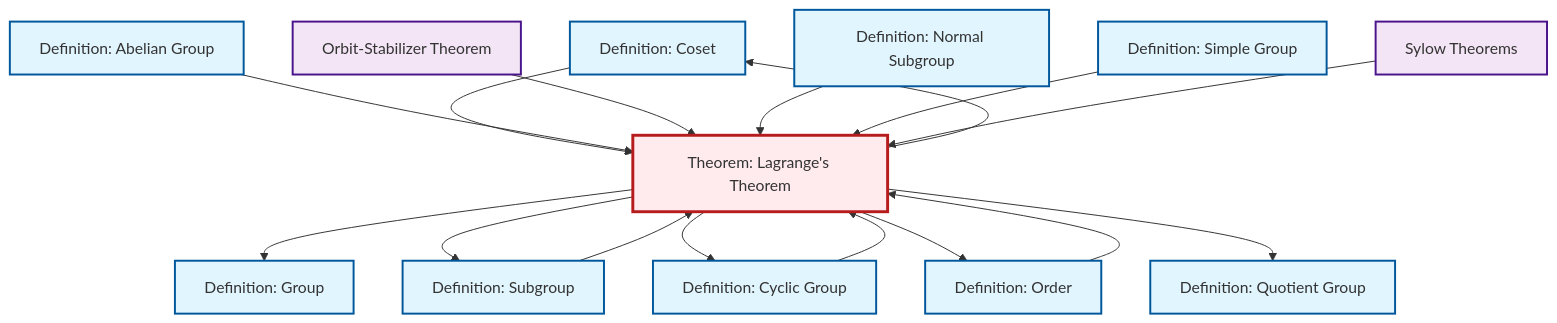
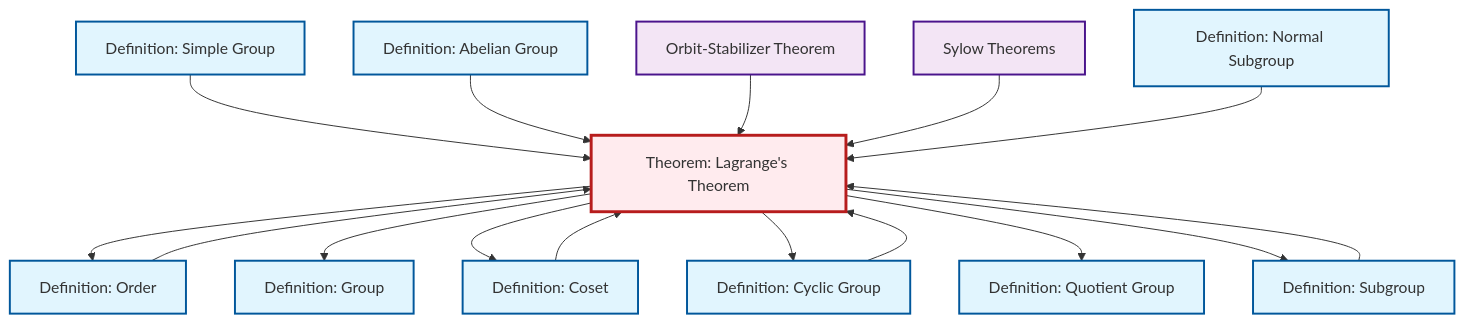
One commit to RK0429/ModernMath changed the diagram in content/en/algebra/thm-lagrange.qmd. Above: the diagram before and after it, drawn with Mermaid. The commit also changed other lines of this file and 581 other files, not shown here.

````diff
--- a/content/en/algebra/thm-lagrange.qmd
+++ b/content/en/algebra/thm-lagrange.qmd
@@ -52,48 +52,48 @@
 ```{mermaid}
 %%| fig-cap: "Local dependency graph"
 graph TD
     classDef definition fill:#e1f5fe,stroke:#01579b,stroke-width:2px
     classDef theorem fill:#f3e5f5,stroke:#4a148c,stroke-width:2px
     classDef axiom fill:#fff3e0,stroke:#e65100,stroke-width:2px
     classDef example fill:#e8f5e9,stroke:#1b5e20,stroke-width:2px
     classDef current fill:#ffebee,stroke:#b71c1c,stroke-width:3px
+    def-simple-group["Definition: Simple Group"]:::definition
+    def-subgroup["Definition: Subgroup"]:::definition
+    thm-sylow["Sylow Theorems"]:::theorem
+    def-order["Definition: Order"]:::definition
+    thm-orbit-stabilizer["Orbit-Stabilizer Theorem"]:::theorem
+    def-quotient-group["Definition: Quotient Group"]:::definition
+    thm-lagrange["Theorem: Lagrange's Theorem"]:::theorem
+    def-abelian-group["Definition: Abelian Group"]:::definition
+    def-coset["Definition: Coset"]:::definition
+    def-cyclic-group["Definition: Cyclic Group"]:::definition
     def-group["Definition: Group"]:::definition
-    def-coset["Definition: Coset"]:::definition
-    thm-sylow["Sylow Theorems"]:::theorem
-    thm-lagrange["Theorem: Lagrange's Theorem"]:::theorem
-    def-cyclic-group["Definition: Cyclic Group"]:::definition
-    def-quotient-group["Definition: Quotient Group"]:::definition
-    def-subgroup["Definition: Subgroup"]:::definition
-    thm-orbit-stabilizer["Orbit-Stabilizer Theorem"]:::theorem
-    def-order["Definition: Order"]:::definition
-    def-simple-group["Definition: Simple Group"]:::definition
-    def-abelian-group["Definition: Abelian Group"]:::definition
     def-normal-subgroup["Definition: Normal Subgroup"]:::definition
+    def-simple-group --> thm-lagrange
+    thm-lagrange --> def-order
+    def-abelian-group --> thm-lagrange
+    def-order --> thm-lagrange
     thm-lagrange --> def-group
-    thm-lagrange --> def-subgroup
+    thm-orbit-stabilizer --> thm-lagrange
+    thm-lagrange --> def-coset
+    thm-sylow --> thm-lagrange
     def-coset --> thm-lagrange
     def-cyclic-group --> thm-lagrange
-    def-abelian-group --> thm-lagrange
-    thm-orbit-stabilizer --> thm-lagrange
     def-normal-subgroup --> thm-lagrange
-    thm-lagrange --> def-coset
-    def-simple-group --> thm-lagrange
     thm-lagrange --> def-cyclic-group
-    thm-lagrange --> def-order
+    def-subgroup --> thm-lagrange
     thm-lagrange --> def-quotient-group
-    thm-sylow --> thm-lagrange
-    def-subgroup --> thm-lagrange
-    def-order --> thm-lagrange
+    thm-lagrange --> def-subgroup
     class thm-lagrange current
+    click def-simple-group "def-simple-group.html" "Go to Simple Group definition"
+    click def-subgroup "def-subgroup.html" "Go to Subgroup definition"
+    click thm-sylow "thm-sylow.html" "Go to Sylow Theorems"
+    click def-order "def-order.html" "Go to Order definition"
+    click thm-orbit-stabilizer "thm-orbit-stabilizer.html" "Go to Orbit-Stabilizer Theorem"
+    click def-quotient-group "def-quotient-group.html" "Go to Quotient Group definition"
+    click def-abelian-group "def-abelian-group.html" "Go to Abelian Group definition"
+    click def-coset "def-coset.html" "Go to Coset definition"
+    click def-cyclic-group "def-cyclic-group.html" "Go to Cyclic Group definition"
     click def-group "def-group.html" "Go to Group definition"
-    click def-coset "def-coset.html" "Go to Coset definition"
-    click thm-sylow "thm-sylow.html" "Go to Sylow Theorems"
-    click def-cyclic-group "def-cyclic-group.html" "Go to Cyclic Group definition"
-    click def-quotient-group "def-quotient-group.html" "Go to Quotient Group definition"
-    click def-subgroup "def-subgroup.html" "Go to Subgroup definition"
-    click thm-orbit-stabilizer "thm-orbit-stabilizer.html" "Go to Orbit-Stabilizer Theorem"
-    click def-order "def-order.html" "Go to Order definition"
-    click def-simple-group "def-simple-group.html" "Go to Simple Group definition"
-    click def-abelian-group "def-abelian-group.html" "Go to Abelian Group definition"
     click def-normal-subgroup "def-normal-subgroup.html" "Go to Normal Subgroup definition"
 ```
````
